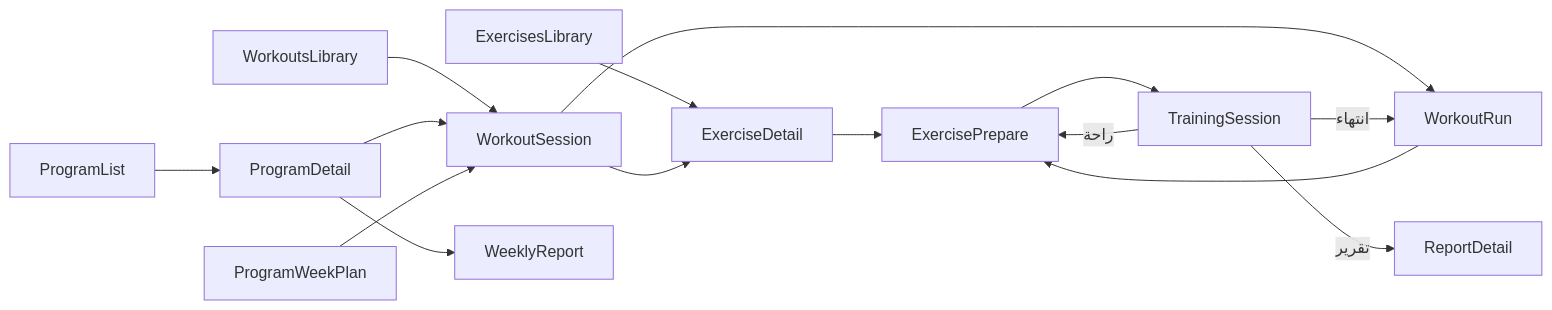
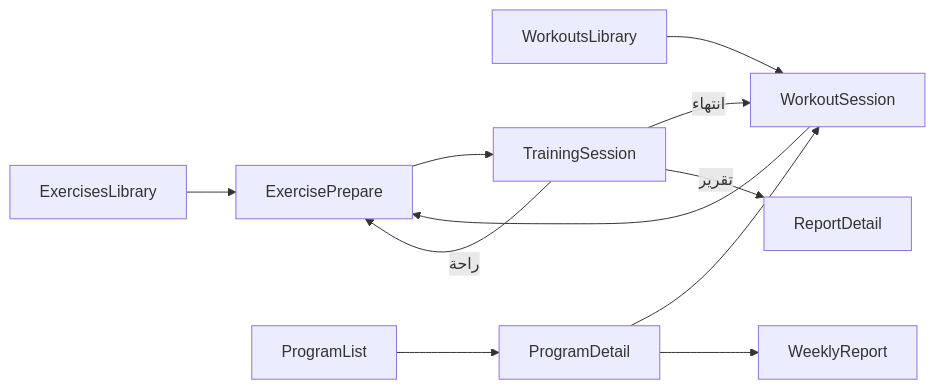
One commit to stywithme/movit changed the second of 2 diagrams in Docs/02-Roadmaps-And-Plans/UI-UX/Android-KMP-Mobile-Screen-Inventory.md. Above: the diagram before and after it, drawn with Mermaid. The commit also changed other lines of this file and 118 other files, not shown here.

````diff
--- a/Docs/02-Roadmaps-And-Plans/UI-UX/Android-KMP-Mobile-Screen-Inventory.md
+++ b/Docs/02-Roadmaps-And-Plans/UI-UX/Android-KMP-Mobile-Screen-Inventory.md
@@ -180,17 +177,13 @@
 ```mermaid
 flowchart LR
-    EL[ExercisesLibrary] --> ED[ExerciseDetail]
+    EL[ExercisesLibrary] --> EP[ExercisePrepare]
     WL[WorkoutsLibrary] --> WS[WorkoutSession]
     PL[ProgramList] --> PD[ProgramDetail]
     PD --> WS
-    PWP[ProgramWeekPlan] --> WS
     PD --> WR[WeeklyReport]
-    WS --> WRun[WorkoutRun]
-    WS --> ED
-    WRun --> EP[ExercisePrepare]
-    ED --> EP
+    WS --> EP
     EP --> TS[TrainingSession]
-    TS -->|انتهاء| WRun
+    TS -->|انتهاء| WS
     TS -->|راحة| EP
     TS -->|تقرير| RD[ReportDetail]
 ```
````
